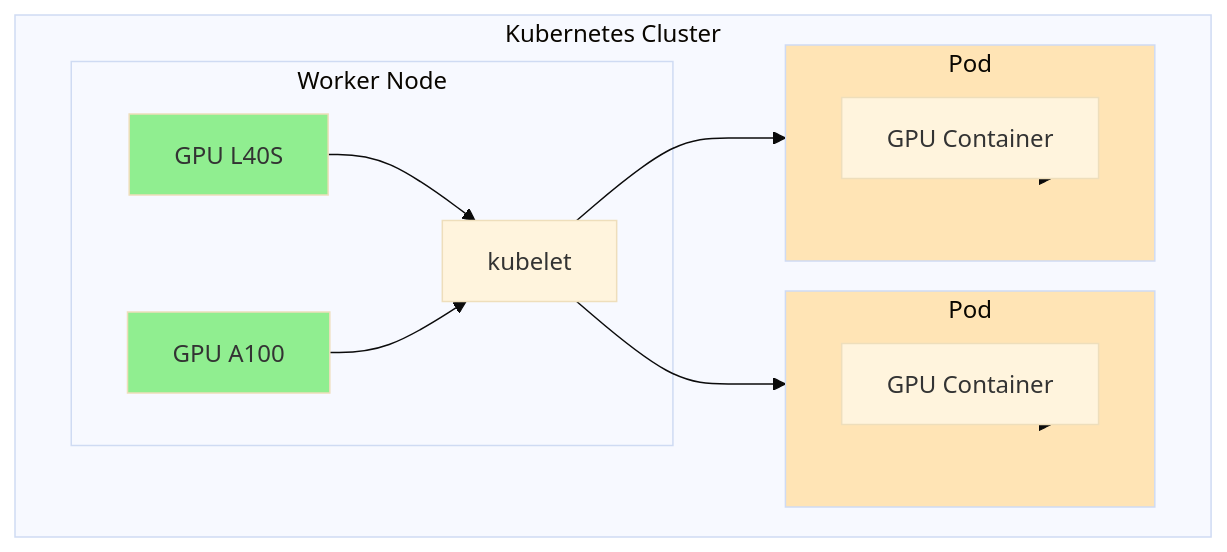
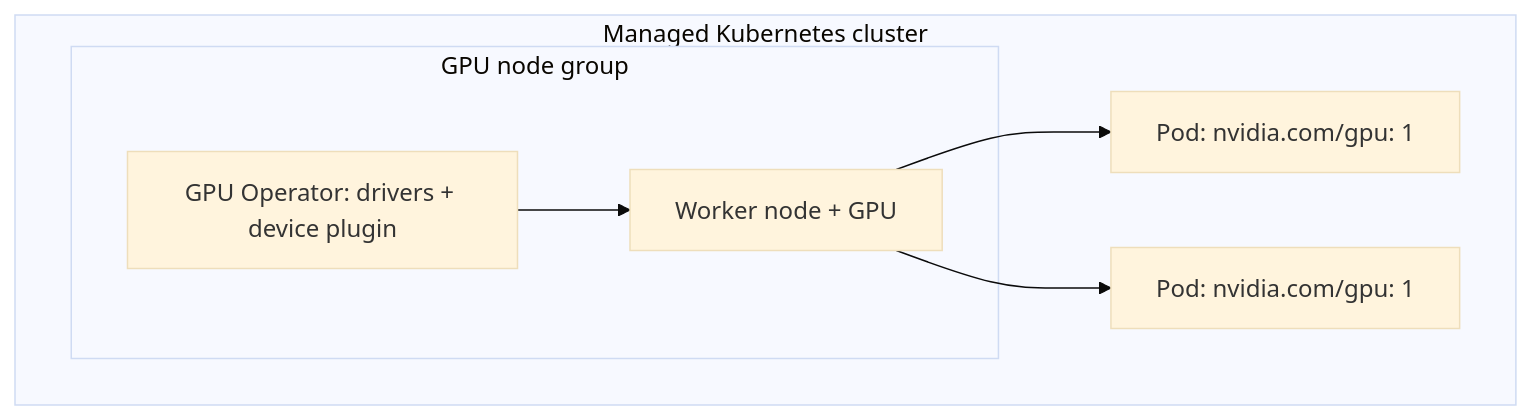
The second of 2 diagrams in i18n/en/docusaurus-plugin-content-docs/current/services/gpu/overview.md (HidoraSwiss/hikube-public-doc), drawn with Mermaid (base theme) before and after one commit. The commit also changed other lines of this file and 148 other files, not shown here.

````diff
--- a/i18n/en/docusaurus-plugin-content-docs/current/services/gpu/overview.md
+++ b/i18n/en/docusaurus-plugin-content-docs/current/services/gpu/overview.md
@@ -95,30 +79,15 @@
 ```mermaid
 flowchart TD
-    subgraph CLUSTER["Kubernetes Cluster"]
-        subgraph WORKER["Worker Node"]
-            GPU1["GPU L40S"]
-            GPU2["GPU A100"]
-            KUBELET["kubelet"]
+    subgraph CLUSTER["Managed Kubernetes cluster"]
+        subgraph NG["GPU node group"]
+            W1["Worker node + GPU"]
+            OP["GPU Operator: drivers + device plugin"]
         end
-        
-        subgraph POD1["Pod"]
-            CONTAINER1["GPU Container"]
-        end
-        
-        subgraph POD2["Pod"]
-            CONTAINER2["GPU Container"]
-        end
+        POD1["Pod: nvidia.com/gpu: 1"]
+        POD2["Pod: nvidia.com/gpu: 1"]
     end
-    
-    GPU1 --> KUBELET
-    GPU2 --> KUBELET
-    KUBELET --> POD1
-    KUBELET --> POD2
-    POD1 --> CONTAINER1
-    POD2 --> CONTAINER2
-    
-    style GPU1 fill:#90EE90
-    style GPU2 fill:#90EE90
-    style POD1 fill:#FFE4B5
-    style POD2 fill:#FFE4B5
+
+    OP --> W1
+    W1 --> POD1
+    W1 --> POD2
 ```
````
